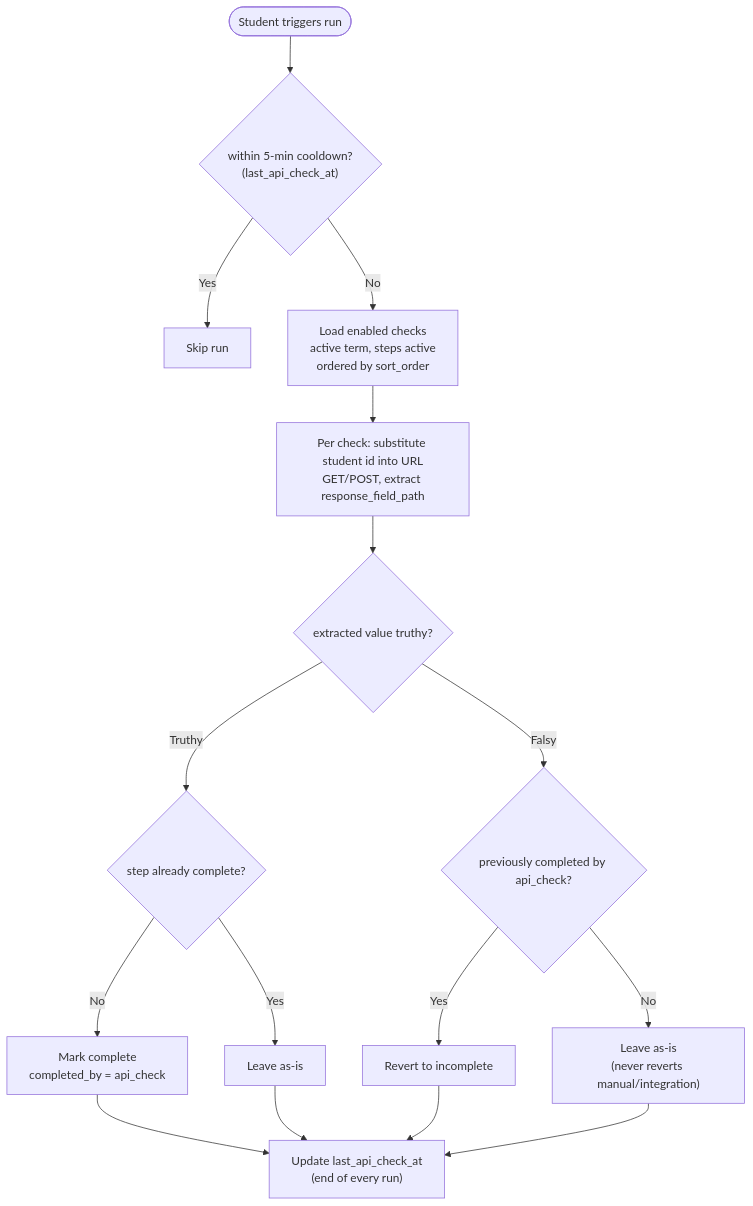
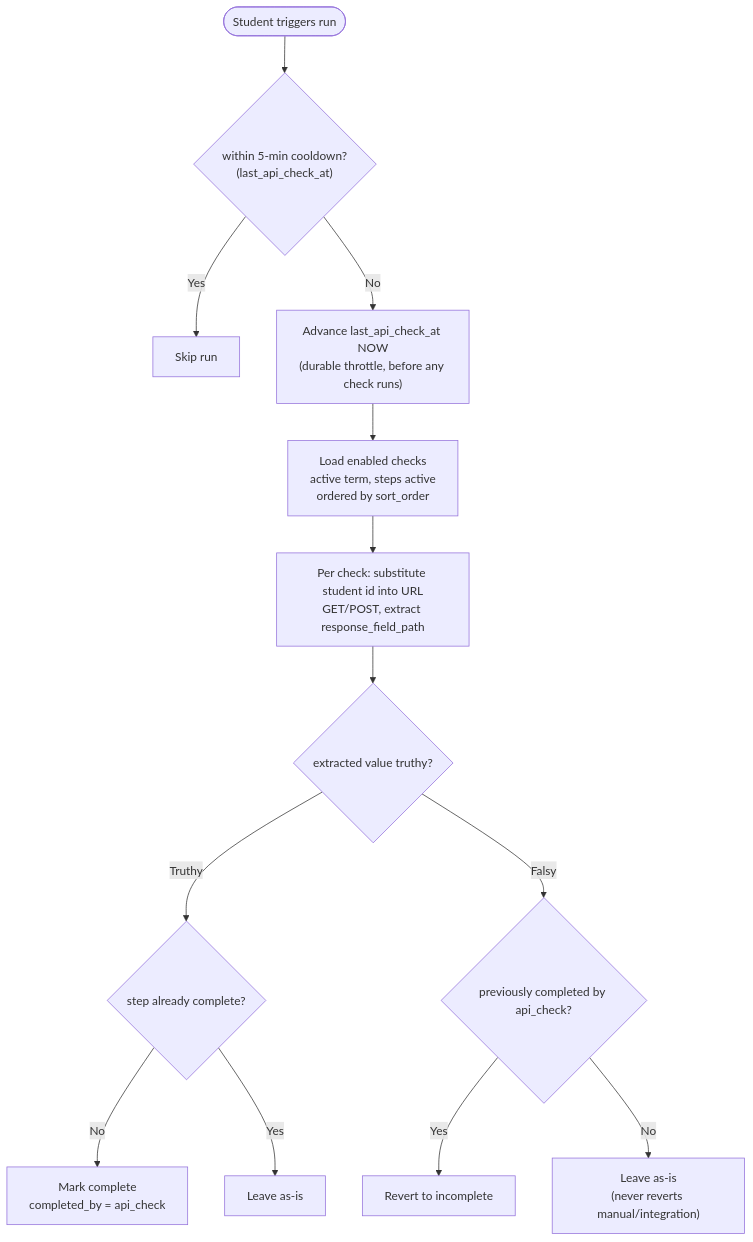
The fourth of 5 diagrams in docs/API-GUIDE.md (aburt1/CSUB-Runner-Roadmap-V2), drawn with Mermaid before and after one commit. The commit also changed other lines of this file and 3 other files, not shown here.

````diff
--- a/docs/API-GUIDE.md
+++ b/docs/API-GUIDE.md
@@ -572,18 +581,15 @@
 ```mermaid
 flowchart TD
   trigger([Student triggers run]) --> cooldown{"within 5-min cooldown?<br/>(last_api_check_at)"}
   cooldown -->|Yes| skip["Skip run"]
-  cooldown -->|No| load["Load enabled checks<br/>active term, steps active<br/>ordered by sort_order"]
+  cooldown -->|No| stamp["Advance last_api_check_at NOW<br/>(durable throttle, before any check runs)"]
+  stamp --> load["Load enabled checks<br/>active term, steps active<br/>ordered by sort_order"]
   load --> fetch["Per check: substitute student id into URL<br/>GET/POST, extract response_field_path"]
   fetch --> truthy{"extracted value truthy?"}
   truthy -->|Truthy| comp{"step already complete?"}
   comp -->|No| markdone["Mark complete<br/>completed_by = api_check"]
   comp -->|Yes| noop1["Leave as-is"]
   truthy -->|Falsy| rev{"previously completed by api_check?"}
   rev -->|Yes| revert["Revert to incomplete"]
   rev -->|No| noop2["Leave as-is<br/>(never reverts manual/integration)"]
-  markdone --> upd
-  noop1 --> upd
-  revert --> upd
-  noop2 --> upd["Update last_api_check_at<br/>(end of every run)"]
 ```
````
